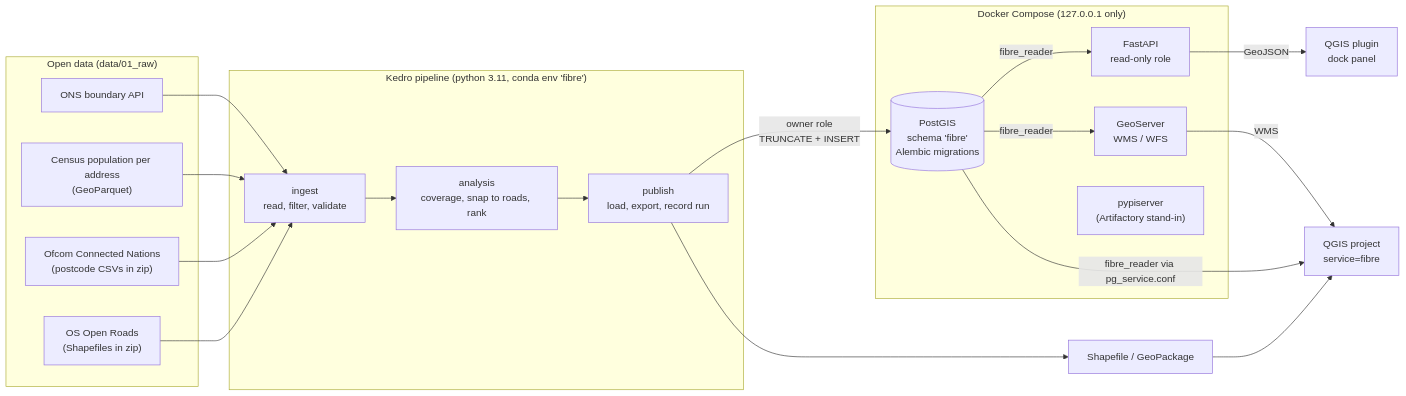
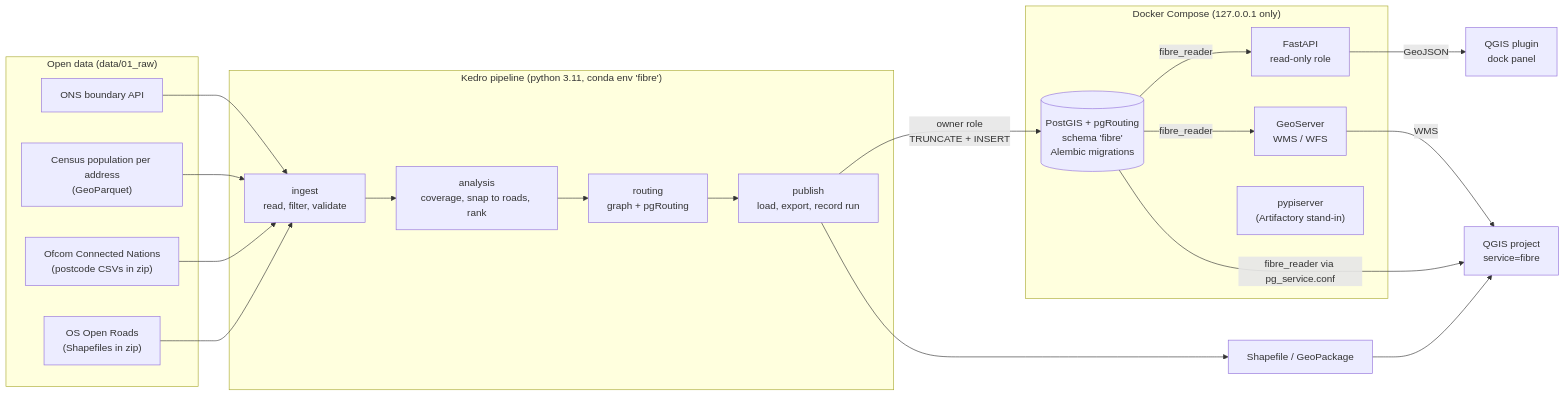
The diagram in docs/architecture.md (petersolan/GB-Fibre-Planning-Pipeline), drawn with Mermaid before and after one commit. The commit also changed other lines of this file and 28 other files, not shown here.

````diff
--- a/docs/architecture.md
+++ b/docs/architecture.md
@@ -3,33 +3,34 @@
 ```mermaid
 flowchart LR
     subgraph sources["Open data (data/01_raw)"]
         ONS["ONS boundary API"]
         CEN["Census population per address<br/>(GeoParquet)"]
         OFC["Ofcom Connected Nations<br/>(postcode CSVs in zip)"]
         OSR["OS Open Roads<br/>(Shapefiles in zip)"]
     end
 
     subgraph kedro["Kedro pipeline (python 3.11, conda env 'fibre')"]
         ING["ingest<br/>read, filter, validate"]
         ANA["analysis<br/>coverage, snap to roads, rank"]
+        ROU["routing<br/>graph + pgRouting"]
         PUB["publish<br/>load, export, record run"]
-        ING --> ANA --> PUB
+        ING --> ANA --> ROU --> PUB
     end
 
     subgraph docker["Docker Compose (127.0.0.1 only)"]
-        PG[("PostGIS<br/>schema 'fibre'<br/>Alembic migrations")]
+        PG[("PostGIS + pgRouting<br/>schema 'fibre'<br/>Alembic migrations")]
         API["FastAPI<br/>read-only role"]
         GS["GeoServer<br/>WMS / WFS"]
         PYPI["pypiserver<br/>(Artifactory stand-in)"]
     end
 
     ONS & CEN & OFC & OSR --> ING
     PUB -->|"owner role<br/>TRUNCATE + INSERT"| PG
     PUB --> FILES["Shapefile / GeoPackage"]
     PG -->|"fibre_reader"| API
     PG -->|"fibre_reader"| GS
     API -->|"GeoJSON"| PLUGIN["QGIS plugin<br/>dock panel"]
     GS -->|"WMS"| QGIS["QGIS project<br/>service=fibre"]
     PG -->|"fibre_reader via pg_service.conf"| QGIS
     FILES --> QGIS
 ```
````
